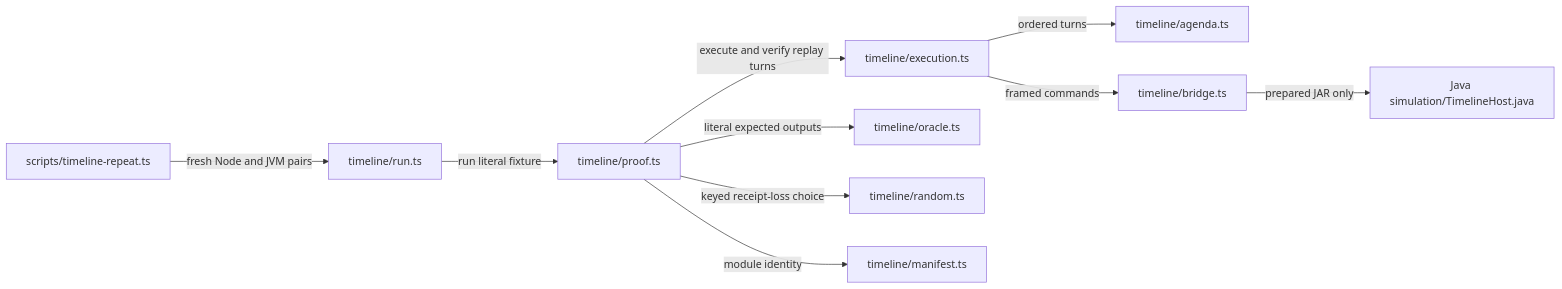
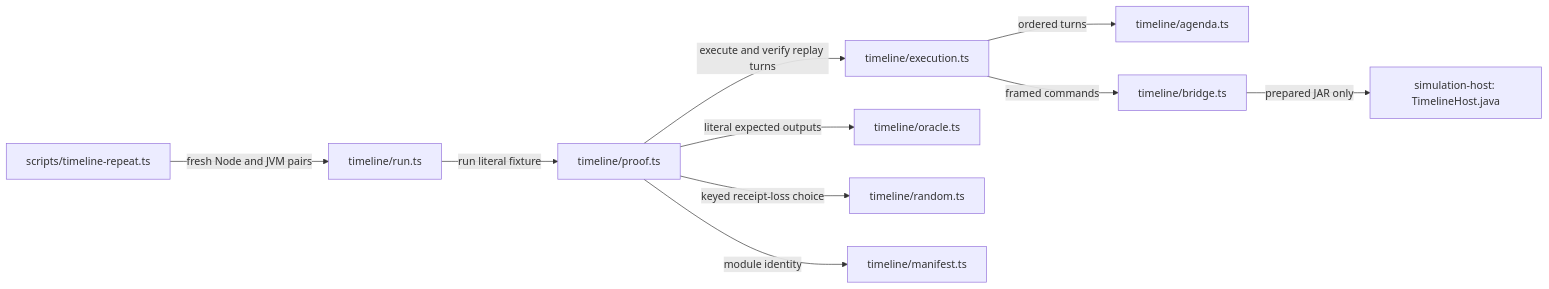
Before and after one commit to sproates/zooglass: diagram 12 of 22 in workbench/docs/source-map.md, drawn with Mermaid. The commit also changed other lines of this file and 59 other files, not shown here.

Commit message:
Isolate the simulation host and clarify timeline execution ownership

````diff
--- a/workbench/docs/source-map.md
+++ b/workbench/docs/source-map.md
@@ -441,12 +462,12 @@
 ```mermaid
 flowchart LR
   cli["timeline/run.ts"] -->|run literal fixture| proof["timeline/proof.ts"]
   proof -->|execute and verify replay turns| execution["timeline/execution.ts"]
   proof -->|literal expected outputs| oracle["timeline/oracle.ts"]
   proof -->|keyed receipt-loss choice| random["timeline/random.ts"]
   proof -->|module identity| manifest["timeline/manifest.ts"]
   execution -->|ordered turns| agenda["timeline/agenda.ts"]
   execution -->|framed commands| bridge["timeline/bridge.ts"]
-  bridge -->|prepared JAR only| host["Java simulation/TimelineHost.java"]
+  bridge -->|prepared JAR only| host["simulation-host: TimelineHost.java"]
   repeat["scripts/timeline-repeat.ts"] -->|fresh Node and JVM pairs| cli
 ```
````
